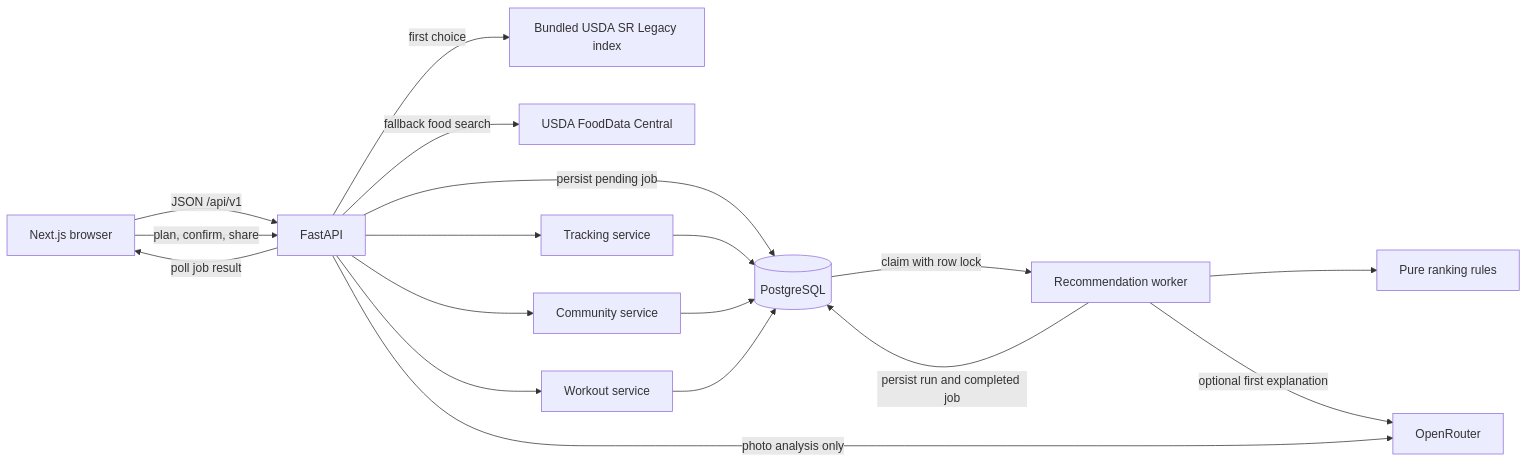
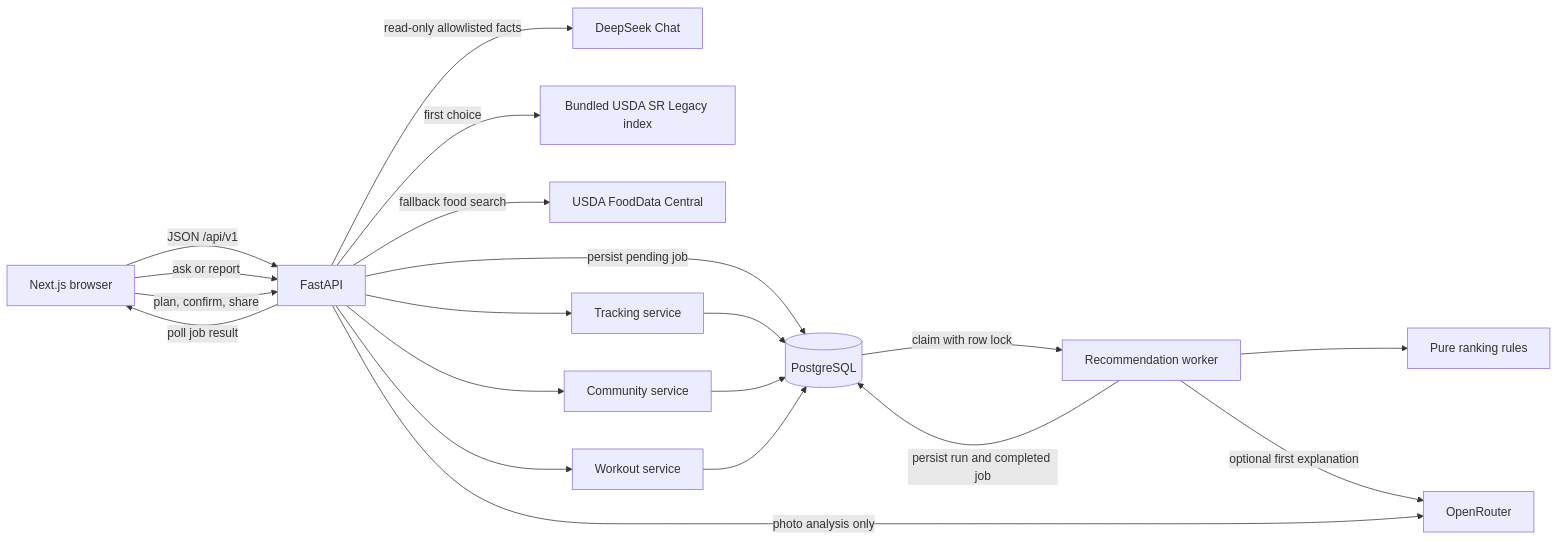
The diagram in docs/architecture/overview.md (BoxiangZ/NourishLoop), drawn with Mermaid before and after one commit. The commit also changed other lines of this file and 5 other files, not shown here.

Commit message:
docs: document DeepSeek coach and simplified navigation

````diff
--- a/docs/architecture/overview.md
+++ b/docs/architecture/overview.md
@@ -5,20 +7,22 @@
 ```mermaid
 flowchart LR
   Web[Next.js browser] -->|JSON /api/v1| API[FastAPI]
+  Web -->|ask or report| API
   API -->|persist pending job| DB[(PostgreSQL)]
   DB -->|claim with row lock| Worker[Recommendation worker]
   Worker --> Rules[Pure ranking rules]
   Worker -->|optional first explanation| OR[OpenRouter]
   Worker -->|persist run and completed job| DB
   API -->|photo analysis only| OR
+  API -->|read-only allowlisted facts| DS[DeepSeek Chat]
   API -->|first choice| USDA_LOCAL[Bundled USDA SR Legacy index]
   API -->|fallback food search| USDA[USDA FoodData Central]
   API -->|poll job result| Web
   Web -->|plan, confirm, share| API
   API --> Tracking[Tracking service]
   API --> Community[Community service]
   API --> Workouts[Workout service]
   Tracking --> DB
   Community --> DB
   Workouts --> DB
 ```
````
